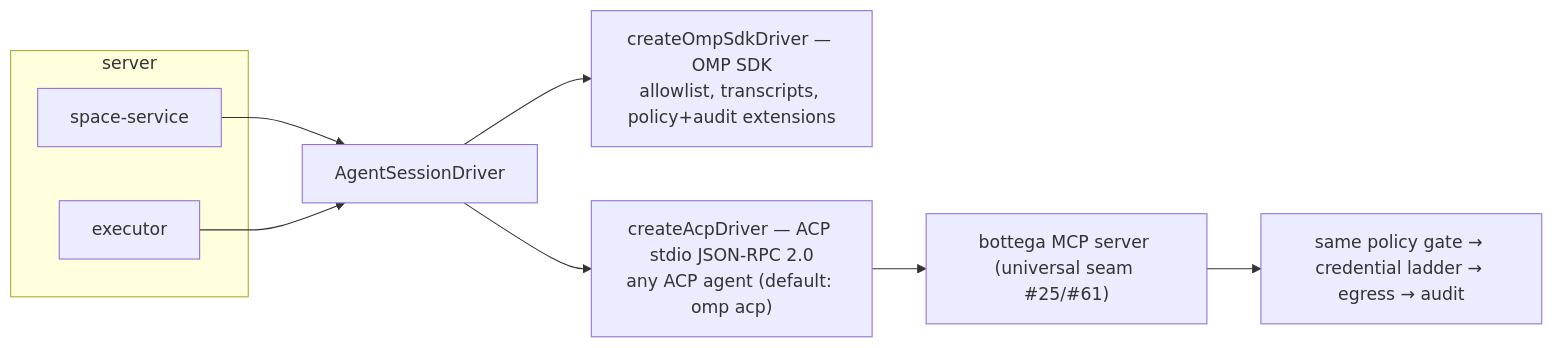
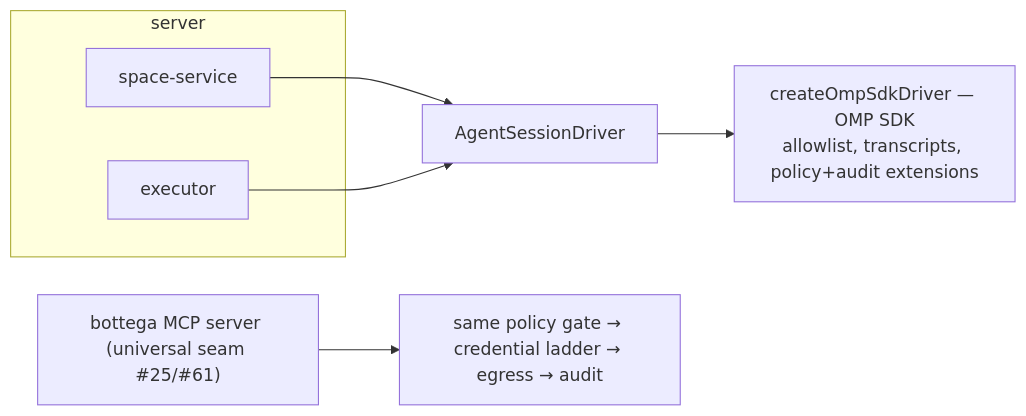
The sixth of 15 diagrams in architecture.md (serrrfirat/bottega), drawn with Mermaid before and after one commit. The commit also changed other lines of this file and 27 other files, not shown here.

Commit message:
refactor(drivers): removed the ACP space-agent driver (closes #236)

````diff
--- a/architecture.md
+++ b/architecture.md
@@ -220,13 +220,11 @@
 ```mermaid
 flowchart LR
     subgraph server["server"]
         SS["space-service"]
         EX["executor"]
     end
     SS --> IF["AgentSessionDriver"]
     EX --> IF
     IF --> OMP["createOmpSdkDriver — OMP SDK<br/>allowlist, transcripts, policy+audit extensions"]
-    IF --> ACP["createAcpDriver — ACP stdio JSON-RPC 2.0<br/>any ACP agent (default: omp acp)"]
-    ACP --> MCP["bottega MCP server (universal seam #25/#61)"]
-    MCP --> SPINE["same policy gate → credential ladder → egress → audit"]
+    MCP["bottega MCP server (universal seam #25/#61)"] --> SPINE["same policy gate → credential ladder → egress → audit"]
 ```
````
